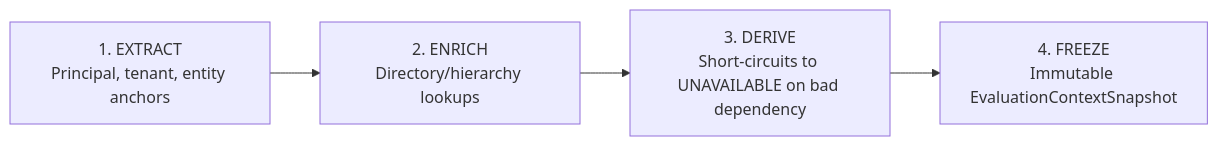
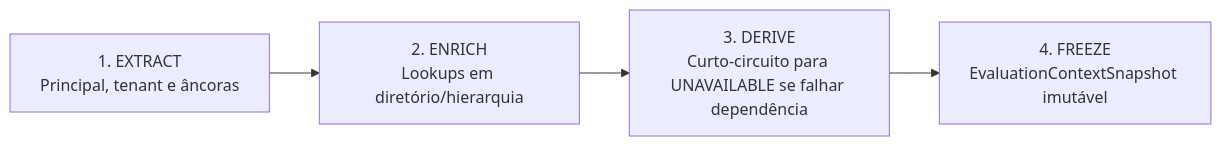
One commit to codexrodrigues/praxis-authz-enforcement-core changed the second of 2 diagrams in README.md. Above: the diagram before and after it, drawn with Mermaid. The commit also changed other lines of this file and 4 other files, not shown here.

````diff
--- a/README.md
+++ b/README.md
@@ -79,6 +123,6 @@
 ```mermaid
 flowchart LR
-    EXTRACT["1. EXTRACT<br/>Principal, tenant, entity anchors"] --> ENRICH["2. ENRICH<br/>Directory/hierarchy lookups"]
-    ENRICH --> DERIVE["3. DERIVE<br/>Short-circuits to UNAVAILABLE on bad dependency"]
-    DERIVE --> FREEZE["4. FREEZE<br/>Immutable EvaluationContextSnapshot"]
+    EXTRACT["1. EXTRACT<br/>Principal, tenant e âncoras"] --> ENRICH["2. ENRICH<br/>Lookups em diretório/hierarquia"]
+    ENRICH --> DERIVE["3. DERIVE<br/>Curto-circuito para UNAVAILABLE se falhar dependência"]
+    DERIVE --> FREEZE["4. FREEZE<br/>EvaluationContextSnapshot imutável"]
 ```
````
